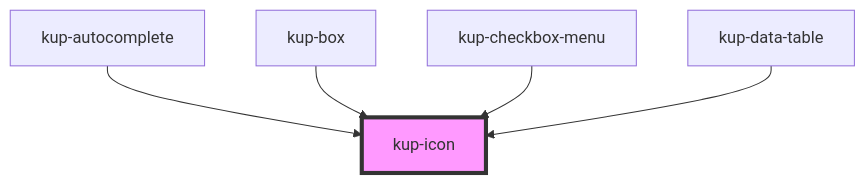
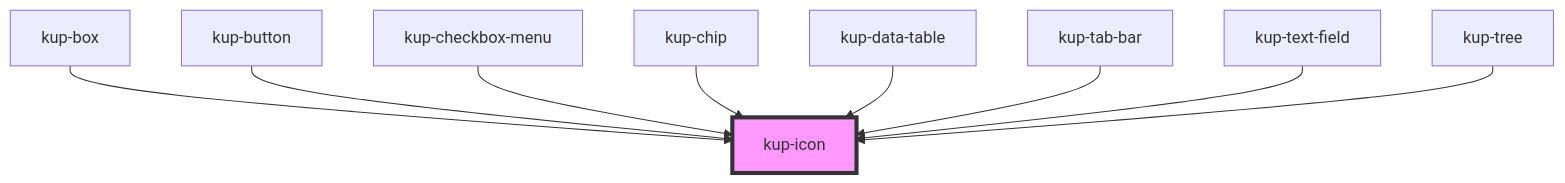
Before and after one commit to smeup/ketchup: the diagram in packages/ketchup/src/components/kup-icon/readme.md, drawn with Mermaid. The commit also changed other lines of this file and 60 other files, not shown here.

Commit message:
wup icon > kup icon. Fixes to showcase. Regen of readme files.

````diff
--- a/packages/ketchup/src/components/kup-icon/readme.md
+++ b/packages/ketchup/src/components/kup-icon/readme.md
@@ -28,8 +31,12 @@
 ```mermaid
 graph TD;
-  kup-autocomplete --> kup-icon
   kup-box --> kup-icon
+  kup-button --> kup-icon
   kup-checkbox-menu --> kup-icon
+  kup-chip --> kup-icon
   kup-data-table --> kup-icon
+  kup-tab-bar --> kup-icon
+  kup-text-field --> kup-icon
+  kup-tree --> kup-icon
   style kup-icon fill:#f9f,stroke:#333,stroke-width:4px
 ```
````
